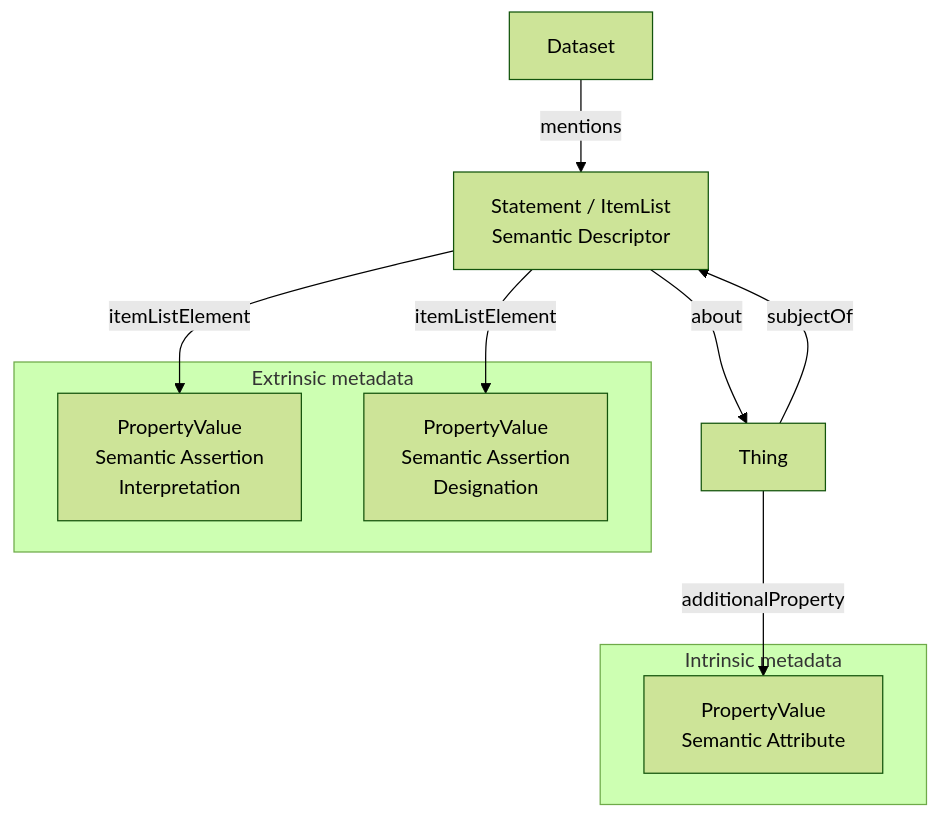
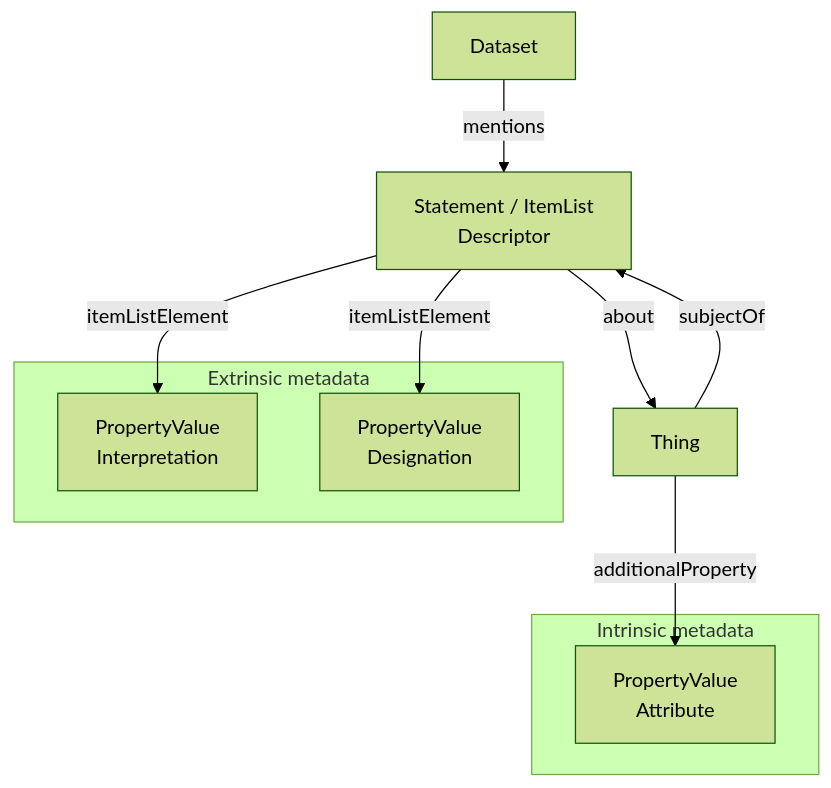
Before and after one commit to nfdi4plants/arc-ro-crate-profile: the diagram in docs/profiles/0.1/semantic_designation/index.md, drawn with Mermaid (forest theme). The commit also changed other lines of this file and 2 other files, not shown here.

Commit message:
renamed semantic designation to semantic annotation and revised the whole profile

````diff
--- a/docs/profiles/0.1/semantic_designation/index.md
+++ b/docs/profiles/0.1/semantic_designation/index.md
@@ -130,26 +134,27 @@
 ```mermaid
 flowchart TD
 
 dataset[Dataset]
 thing[Thing]
-desc[Statement / ItemList<br/>Semantic Descriptor]
 
 subgraph intrinsic["Intrinsic metadata"]
-    attr[PropertyValue<br/>Semantic Attribute]
+    attr[PropertyValue<br/>Attribute]
 end
 
 subgraph extrinsic["Extrinsic metadata"]
-    interp[PropertyValue<br/>Semantic Assertion<br/>Interpretation]
-    desig[PropertyValue<br/>Semantic Assertion<br/>Designation]
+    interp[PropertyValue<br/>Interpretation]
+    desig[PropertyValue<br/>Designation]
 end
+
+desc[Statement / ItemList<br/>Descriptor]
 
 thing -- additionalProperty --> attr
 
 thing -- subjectOf --> desc
 desc -- about --> thing
 
 desc -- itemListElement --> interp
 desc -- itemListElement --> desig
 
 dataset -- mentions --> desc
 ```
````
